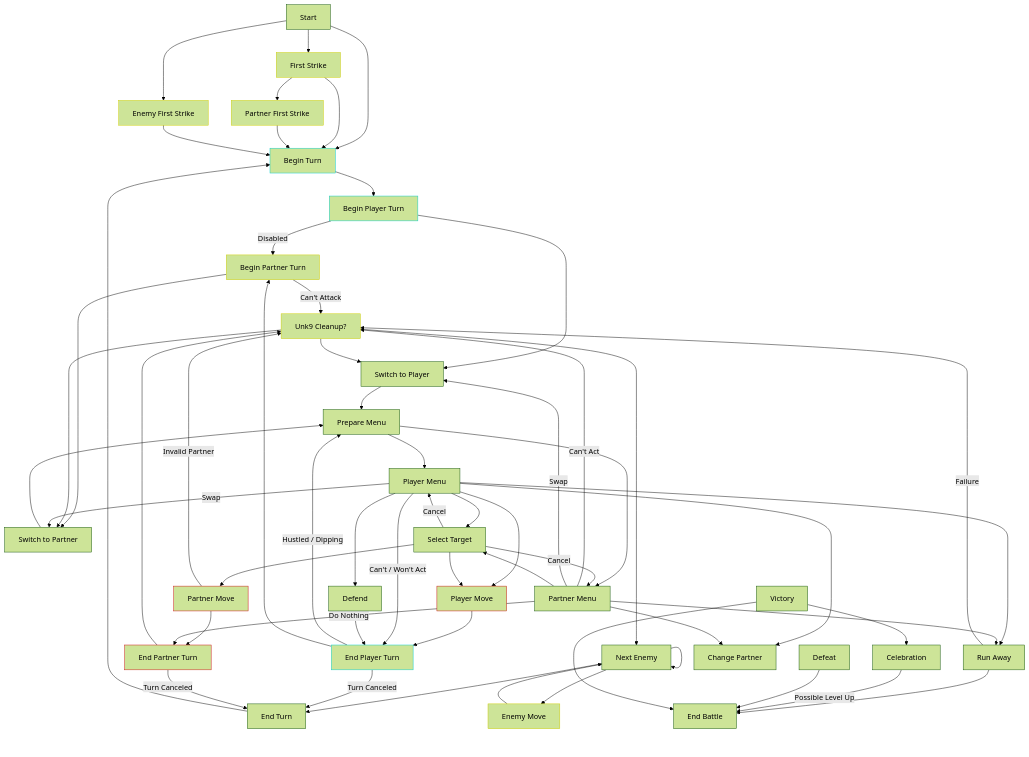
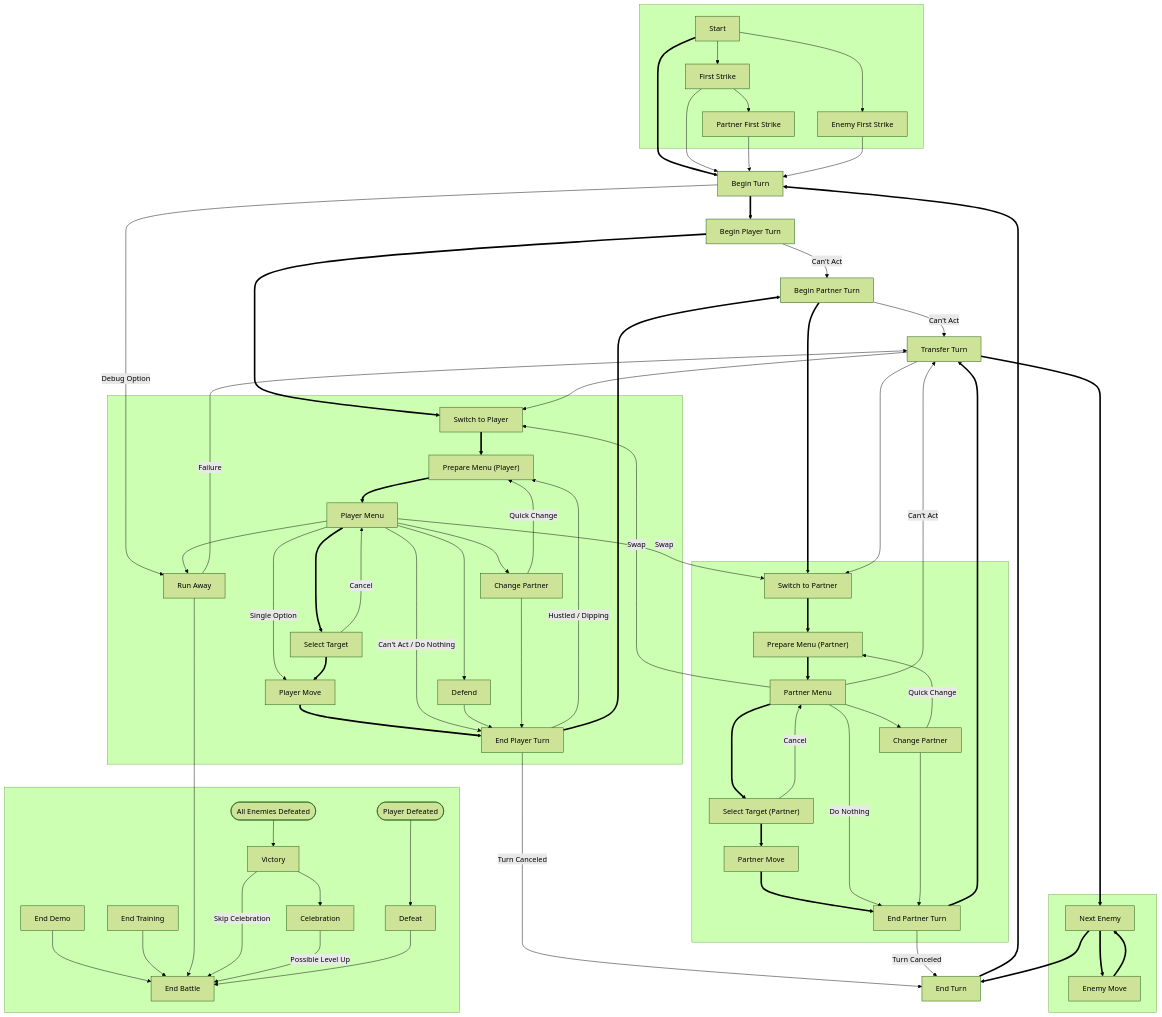
Before and after one commit to bates64/papermario-dx: the sixth of 6 diagrams in src/battle/states/diagram.md, drawn with Mermaid (forest theme). The commit also changed other lines of this file and 29 other files, not shown here.

Commit message:
state flowchart doc

````diff
--- a/src/battle/states/diagram.md
+++ b/src/battle/states/diagram.md
@@ -3,57 +210,55 @@
 ```mermaid
 flowchart TD
-    classDef maybe_win stroke:#00cccc
-    classDef maybe_lose stroke:#cc1111
-    classDef maybe_either stroke:#cccc00
-
-    NormalStart[Start]
-    FS_Player[First Strike]
-    FS_Partner[Partner First Strike]
-    FS_Enemy[Enemy First Strike]
+    subgraph SG_Start[ ]
+        NormalStart[Start]
+        FS_Player[First Strike]
+        FS_Partner[Partner First Strike]
+        FS_Enemy[Enemy First Strike]
+    end
     BeginTurn[Begin Turn]
     EndTurn[End Turn]
+    TransferTurn[Transfer Turn]
     BeginPlayer[Begin Player Turn]
     BeginPartner[Begin Partner Turn]
-    Unk9[Unk9 Cleanup?]
-    SwitchPlayer[Switch to Player]
-    SwitchPartner[Switch to Partner]
-    PrepareMenu[Prepare Menu]
-    PlayerMenu[Player Menu]
-    PartnerMenu[Partner Menu]
-    %% PeachMenu[Peach Menu]
-    %% TwinkMenu[Twink Menu]
-    SelectTarget[Select Target]
-    PlayerMove[Player Move]
-    PartnerMove[Partner Move]
-    NextEnemy[Next Enemy]
-    EnemyMove[Enemy Move]
-    EndPlayer[End Player Turn]
-    EndPartner[End Partner Turn]
-    RunAway[Run Away]
-    Defend[Defend]
-    Victory[Victory]
-    Defeat[Defeat]
-    ChangePartner[Change Partner]
-    EndBattle[End Battle]
-    %% EndDemo[End Demo]
-    %% EndTraining[End Training]
-    Celebration[Celebration]
+    subgraph SG_Player[ ]
+        SwitchPlayer[Switch to Player]
+        PrepareMenu1["Prepare Menu (Player)"]
+        PlayerMenu[Player Menu]
+        %% PeachMenu[Peach Menu]
+        SelectTarget1[Select Target]
+        PlayerMove[Player Move]
+        ChangePartner1[Change Partner]
+        RunAway[Run Away]
+        Defend[Defend]
+        EndPlayer[End Player Turn]
+    end
+    subgraph SG_Partner[ ]
+        SwitchPartner[Switch to Partner]
+        PrepareMenu2["Prepare Menu (Partner)"]
+        PartnerMenu[Partner Menu]
+        %% TwinkMenu[Twink Menu]
+        SelectTarget2["Select Target (Partner)"]
+        PartnerMove[Partner Move]
+        ChangePartner2[Change Partner]
+        EndPartner[End Partner Turn]
+    end
+    subgraph SG_Enemy[ ]
+        NextEnemy[Next Enemy]
+        EnemyMove[Enemy Move]
+    end
 
-    class FS_Player maybe_either
-    class FS_Partner maybe_either
-    class FS_Enemy maybe_either
-    class PlayerMove maybe_lose
-    class PartnerMove maybe_lose
-    class EnemyMove maybe_either
+    subgraph SG_End[ ]
+        PlayerDefeated([Player Defeated])
+        EnemiesDefeated([All Enemies Defeated])
+        Victory[Victory]
+        Celebration[Celebration]
+        Defeat[Defeat]
+        EndBattle[End Battle]
+        EndDemo[End Demo]
+        EndTraining[End Training]
+    end
 
-    class BeginTurn maybe_win
-    class BeginPlayer maybe_win
-    class BeginPartner maybe_either
-    class EndPlayer maybe_win
-    class EndPartner maybe_lose
-    class Unk9 maybe_either
-
-    NormalStart --> BeginTurn
+    NormalStart ==> BeginTurn
     NormalStart --> FS_Enemy
     NormalStart --> FS_Player
     FS_Player --> FS_Partner
@@ -61,82 +266,98 @@
     FS_Partner --> BeginTurn
     FS_Enemy --> BeginTurn
 
-    BeginTurn --> BeginPlayer
-    %% BeginTurn --> |Debug Option| RunAway
+    BeginTurn ==> BeginPlayer
+    BeginTurn --> |Debug Option| RunAway
 
-    NextEnemy --> NextEnemy
-    NextEnemy --> EnemyMove
-    NextEnemy --> EndTurn
-    EnemyMove --> NextEnemy
+    NextEnemy ==> EnemyMove
+    EnemyMove ==> NextEnemy
+    NextEnemy ==> EndTurn
 
-    BeginPlayer --> |Disabled| BeginPartner
-    BeginPlayer --> SwitchPlayer
+    EndTurn ==> BeginTurn
 
-    PlayerMove --> EndPlayer
+    BeginPlayer --> |Can't Act| BeginPartner
+    BeginPlayer ==> SwitchPlayer
+
+    PlayerMove ==> EndPlayer
 
     EndPlayer --> |Turn Canceled| EndTurn
-    EndPlayer --> |Hustled / Dipping| PrepareMenu
-    EndPlayer --> BeginPartner
-    %% EndPlayer --> |PEACH| Unk9
+    EndPlayer --> |Hustled / Dipping| PrepareMenu1
+    EndPlayer ==> BeginPartner
 
-    BeginPartner --> |Can't Attack| Unk9
-    BeginPartner --> SwitchPartner
+    BeginPartner --> |Can't Act| TransferTurn
+    BeginPartner ==> SwitchPartner
 
-    PartnerMove --> |Invalid Partner| Unk9
-    PartnerMove --> EndPartner
+    %% exists only as a sanity check in partner_move to ensure partner is not NULL
+    %% PartnerMove --> |Invalid Partner| TransferTurn
 
-    EndPartner --> Unk9
+    PartnerMove ==> EndPartner
+
+    EndPartner ==> TransferTurn
     EndPartner -->|Turn Canceled| EndTurn
 
-    Unk9 --> SwitchPlayer
-    Unk9 --> SwitchPartner
-    Unk9 --> NextEnemy
+    TransferTurn --> SwitchPlayer
+    TransferTurn --> SwitchPartner
+    TransferTurn ==> NextEnemy
 
-    SwitchPlayer --> PrepareMenu
-    SwitchPartner --> PrepareMenu
+    SwitchPlayer ==> PrepareMenu1
+    SwitchPartner ==> PrepareMenu2
 
-    PrepareMenu --> PlayerMenu
-    PrepareMenu --> PartnerMenu
+    PrepareMenu1 ==> PlayerMenu
+    PrepareMenu2 ==> PartnerMenu
 
+    PlayerMenu --> |Can't Act / Do Nothing| EndPlayer
+    PlayerMenu --> |Swap| SwitchPartner
+    PlayerMenu --> |Single Option| PlayerMove
+    PlayerMenu ===> SelectTarget1
+    PlayerMenu --> ChangePartner1
+    PlayerMenu --> RunAway
+    PlayerMenu --> Defend
+    Defend --> EndPlayer
+
+    PartnerMenu --> |Can't Act| TransferTurn
+    PartnerMenu --> |Swap| SwitchPlayer
+    PartnerMenu ===> SelectTarget2
+    PartnerMenu --> ChangePartner2
+    PartnerMenu --> |Do Nothing| EndPartner
+
+    %% exists in code, but not available in-game
+    %% PartnerMenu --> RunAway
+
+    SelectTarget1 ==>  PlayerMove
+    SelectTarget1 --->  |Cancel| PlayerMenu
+
+    ChangePartner1 --> |Quick Change| PrepareMenu1
+    ChangePartner1 --> EndPlayer
+
+    SelectTarget2 ==>  PartnerMove
+    SelectTarget2 --->  |Cancel| PartnerMenu
+
+    ChangePartner2 --> |Quick Change| PrepareMenu2
+    ChangePartner2 --> EndPartner
+
+    %% BATTLE END STATES
+
+    EndDemo --> EndBattle
+    EndTraining --> EndBattle
+
+    RunAway --------> EndBattle
+    RunAway --> |Failure| TransferTurn
+
+    EnemiesDefeated --> Victory
+    Victory --> |Skip Celebration| EndBattle
+    Victory --> Celebration
+    Celebration --> |Possible Level Up| EndBattle
+
+    PlayerDefeated ---> Defeat
+    Defeat --> EndBattle
+
+    %% leave out all Peach-related complications
+    %% EndPlayer --> |PEACH| TransferTurn
     %% BeginPlayer --> |PEACH| BeginPartner
     %% BeginPartner --> |PEACH| BeginPlayer
     %% PlayerMenu --> |PEACH| PeachMenu
     %% PartnerMenu --> |PEACH| TwinkMenu
-
-    PlayerMenu --> |Can't / Won't Act| EndPlayer
-    PlayerMenu --> |Swap| SwitchPartner
-    PlayerMenu --> PlayerMove
-    PlayerMenu --> SelectTarget
-    PlayerMenu --> ChangePartner
-    PlayerMenu --> RunAway
-    PlayerMenu --> Defend
-
-    PartnerMenu --> |Can't Act| Unk9
-    PartnerMenu --> |Swap| SwitchPlayer
-    PartnerMenu --> SelectTarget
-    PartnerMenu --> ChangePartner
-    PartnerMenu --> |Do Nothing| EndPartner
-    PartnerMenu --> RunAway
-
     %% PeachMenu --> SelectTarget
     %% TwinkMenu --> SelectTarget
     %% TwinkMenu --> |Can't Act| EndPlayer
-
-    SelectTarget -->  PlayerMove
-    SelectTarget -->  PartnerMove
-    SelectTarget -->  |Cancel| PlayerMenu
-    SelectTarget -->  |Cancel| PartnerMenu
-
-    EndTurn --> BeginTurn
-
-    RunAway --> EndBattle
-    RunAway --> |Failure| Unk9
-    %% EndTraining --> EndBattle
-    Celebration --> |Possible Level Up| EndBattle
-    Defeat --> EndBattle
-    Defend --> EndPlayer
-
-    Victory --> EndBattle
-    Victory --> Celebration
-
 ```
````
